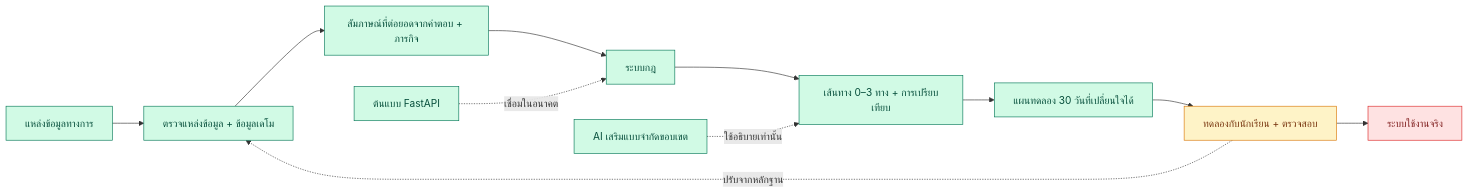
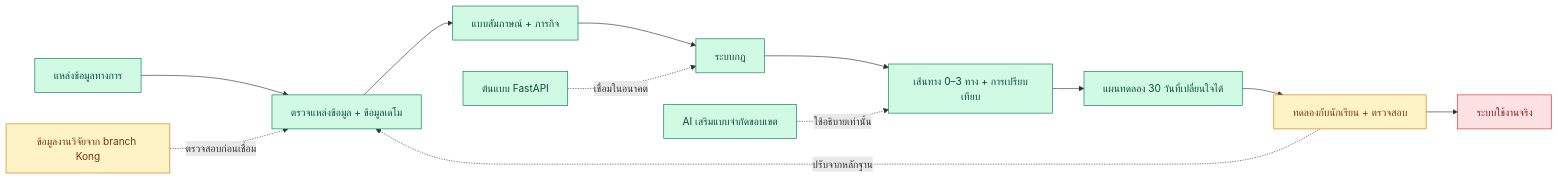
One commit to Pongkarm/Future_Me changed the first of 2 diagrams in READMETH.md. Above: the diagram before and after it, drawn with Mermaid. The commit also changed other lines of this file and 8 other files, not shown here.

````diff
--- a/READMETH.md
+++ b/READMETH.md
@@ -77,21 +79,22 @@
 ```mermaid
 flowchart LR
     A["แหล่งข้อมูลทางการ"] --> B["ตรวจแหล่งข้อมูล + ข้อมูลเดโม"]
-    B --> C["สัมภาษณ์ที่ต่อยอดจากคำตอบ + ภารกิจ"]
+    B --> C["แบบสัมภาษณ์ + ภารกิจ"]
     C --> D["ระบบกฎ"]
     D --> E["เส้นทาง 0–3 ทาง + การเปรียบเทียบ"]
     E --> F["แผนทดลอง 30 วันที่เปลี่ยนใจได้"]
     F --> G["ทดลองกับนักเรียน + ตรวจสอบ"]
     G -. "ปรับจากหลักฐาน" .-> B
     G --> H["ระบบใช้งานจริง"]
 
     I["AI เสริมแบบจำกัดขอบเขต"] -. "ใช้อธิบายเท่านั้น" .-> E
     J["ต้นแบบ FastAPI"] -. "เชื่อมในอนาคต" .-> D
+    K["ข้อมูลงานวิจัยจาก branch Kong"] -. "ตรวจสอบก่อนเชื่อม" .-> B
 
     classDef working fill:#d1fae5,stroke:#047857,color:#064e3b;
     classDef validating fill:#fef3c7,stroke:#d97706,color:#78350f;
     classDef planned fill:#fee2e2,stroke:#dc2626,color:#7f1d1d;
     class A,B,C,D,E,F,I,J working;
-    class G validating;
+    class G,K validating;
     class H planned;
 ```
````
